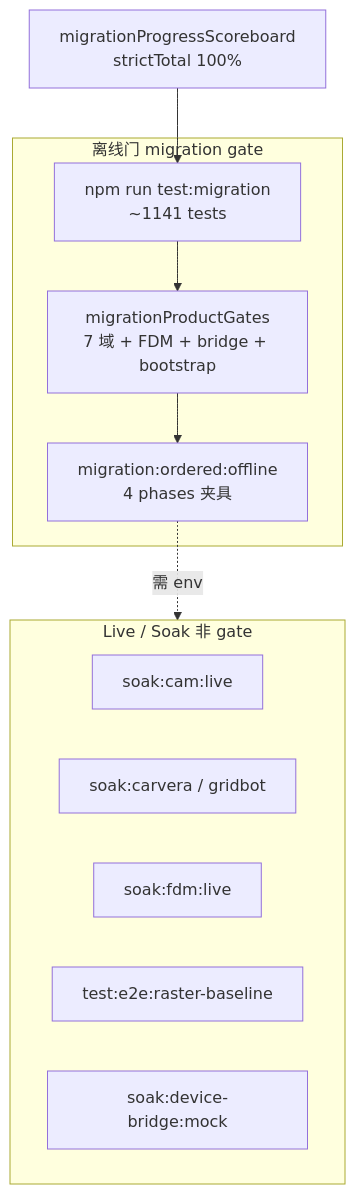
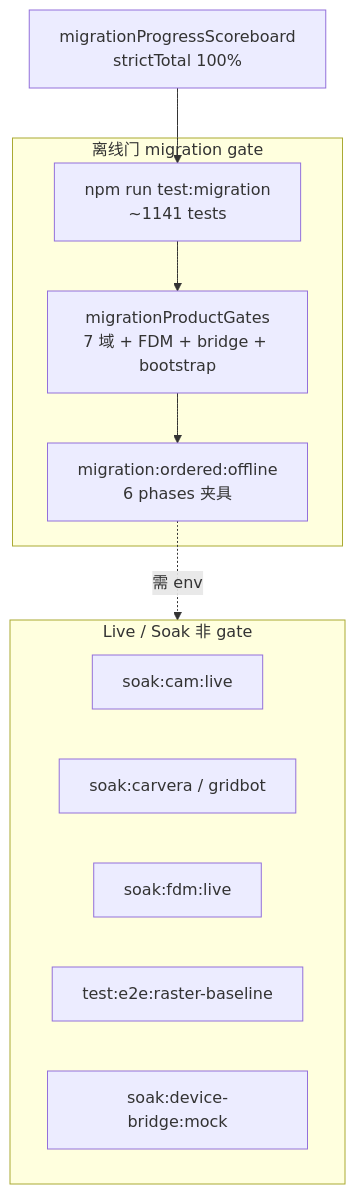
Before and after one commit to Yaotiejun/webacm: diagram 11 of 13 in docs/TECHNICAL-ARCHITECTURE.md, drawn with Mermaid. The commit also changed 452 other files, not shown here.

````diff
--- a/docs/TECHNICAL-ARCHITECTURE.md
+++ b/docs/TECHNICAL-ARCHITECTURE.md
@@ -365,21 +365,21 @@
 ```mermaid
 flowchart TB
   subgraph gates [离线门 migration gate]
     MG[npm run test:migration<br/>~1141 tests]
     PG[migrationProductGates<br/>7 域 + FDM + bridge + bootstrap]
-    OP[migration:ordered:offline<br/>4 phases 夹具]
+    OP[migration:ordered:offline<br/>6 phases 夹具]
   end
 
   subgraph live [Live / Soak 非 gate]
     CL[soak:cam:live]
     DS[soak:carvera / gridbot]
     FM[soak:fdm:live]
     RB[test:e2e:raster-baseline]
     BM[soak:device-bridge:mock]
   end
 
   SB[migrationProgressScoreboard<br/>strictTotal 100%] --> MG
   MG --> PG
   PG --> OP
   OP -.->|需 env| live
 ```
````
